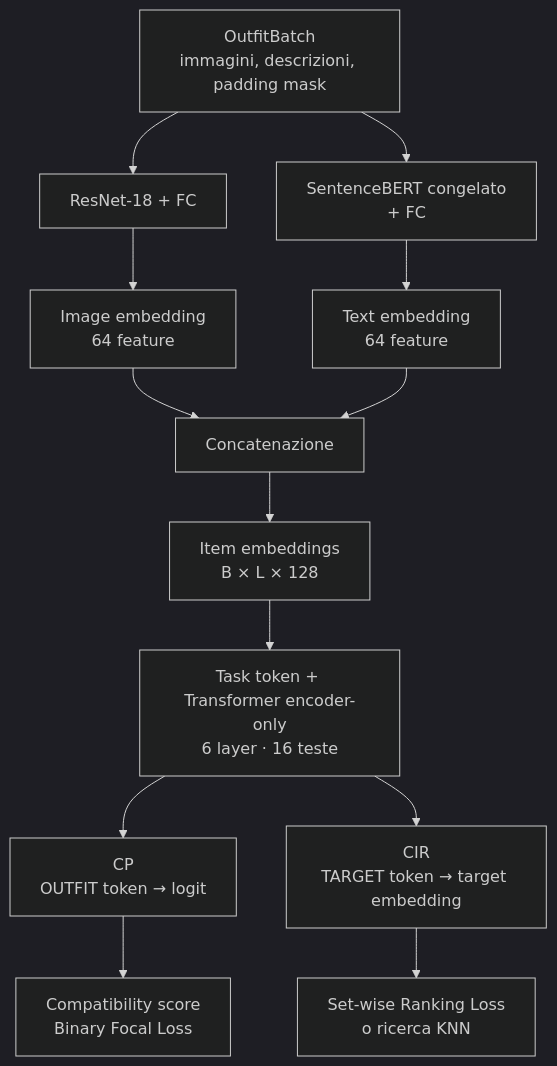
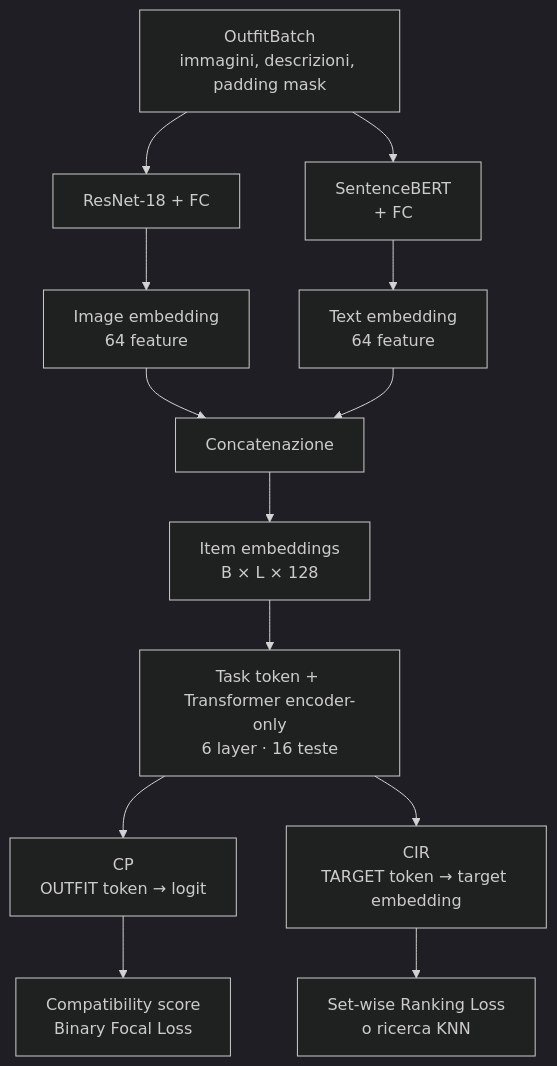
Before and after one commit to FlorindoDev/OutfitTransformer: the diagram in README.md, drawn with Mermaid (dark theme). The commit also changed 2 other files, not shown here.

Commit message:
gitignore e readme

````diff
--- a/README.md
+++ b/README.md
@@ -130,22 +130,22 @@
 ```mermaid
 flowchart TD
     A["OutfitBatch<br/>immagini, descrizioni, padding mask"]
 
     A --> B["ResNet-18 + FC"]
-    A --> C["SentenceBERT congelato<br/>+ FC"]
+    A --> C["SentenceBERT<br/>+ FC"]
 
     B --> D["Image embedding<br/>64 feature"]
     C --> E["Text embedding<br/>64 feature"]
 
     D --> F["Concatenazione"]
     E --> F
     F --> G["Item embeddings<br/>B × L × 128"]
 
     G --> H["Task token + Transformer encoder-only<br/>6 layer · 16 teste"]
 
     H --> I["CP<br/>OUTFIT token → logit"]
     I --> J["Compatibility score<br/>Binary Focal Loss"]
 
     H --> K["CIR<br/>TARGET token → target embedding"]
     K --> L["Set-wise Ranking Loss<br/>o ricerca KNN"]
 ```
````
